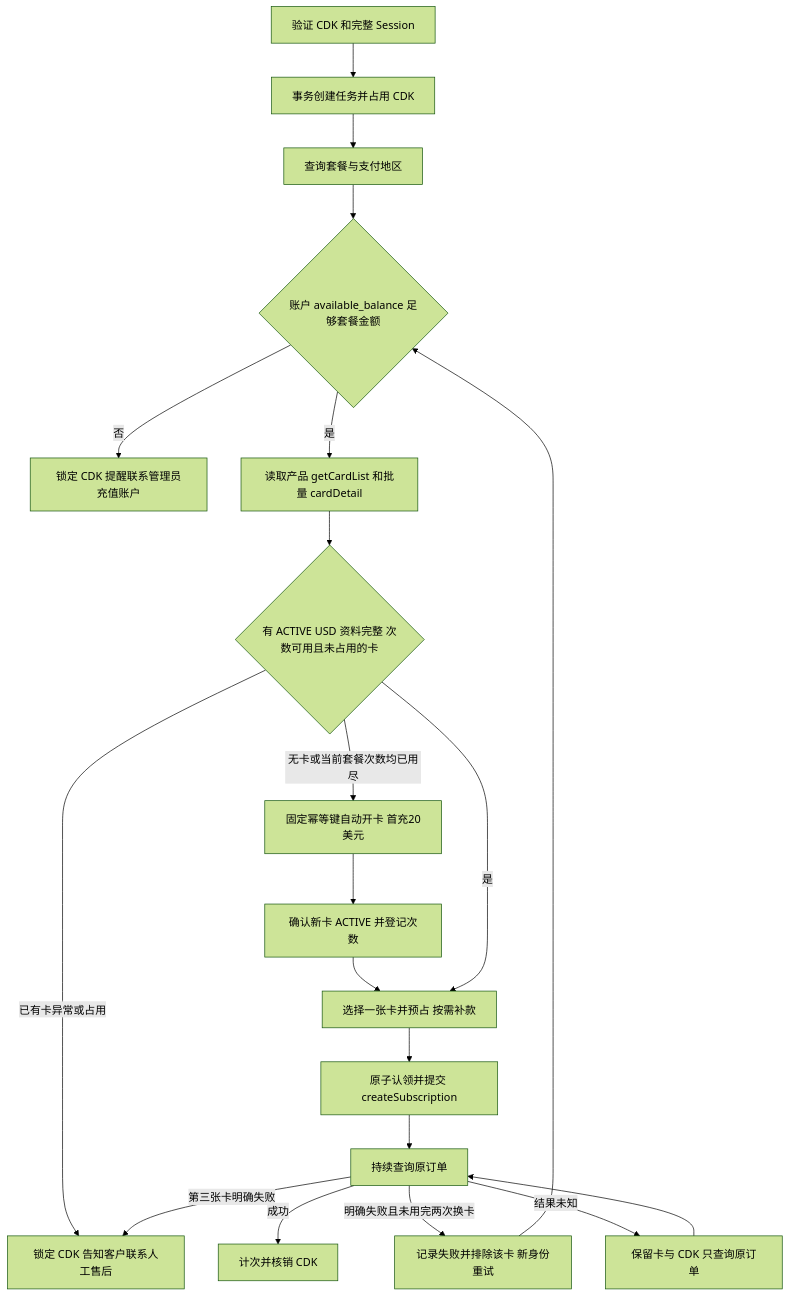
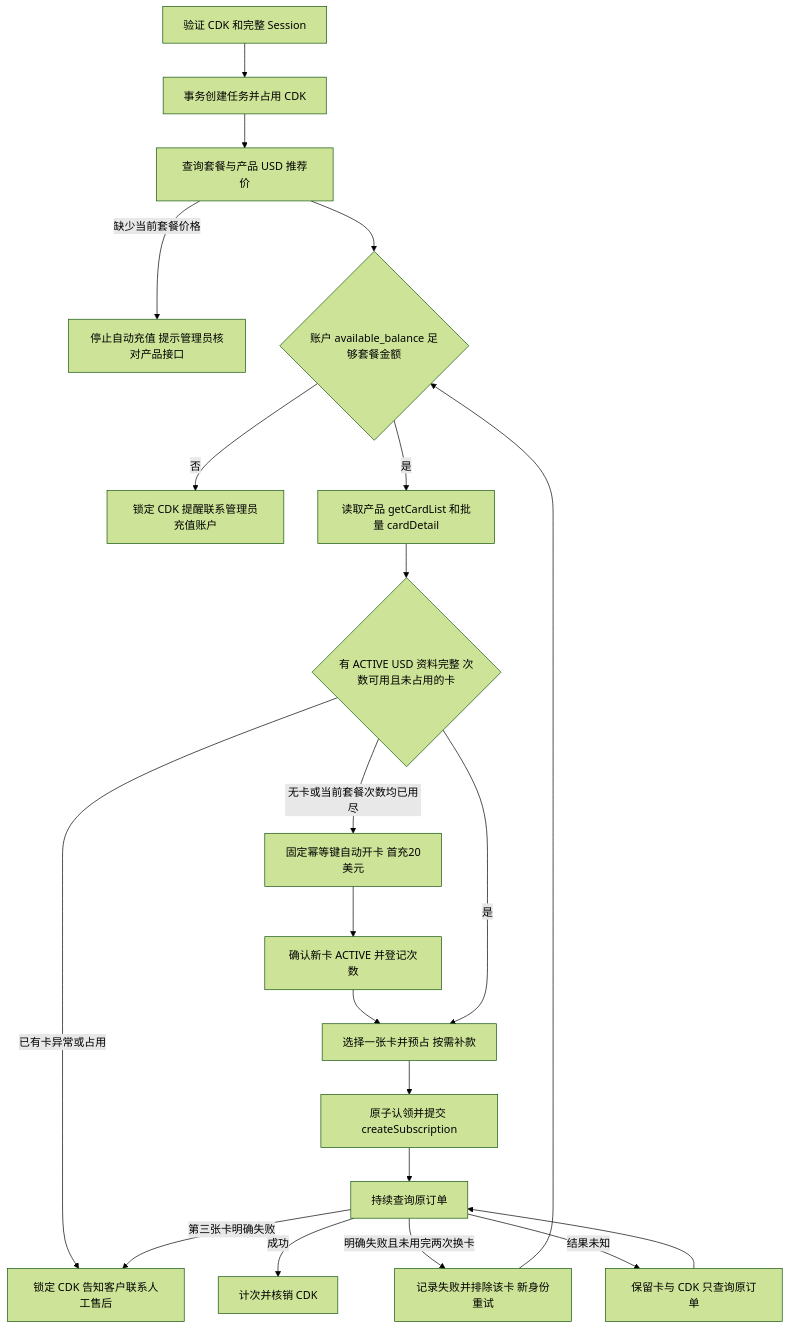
One commit to miracal-0312/Pay-gpt-Orbit changed the diagram in ORBITCARD-CARDS.md. Above: the diagram before and after it, drawn with Mermaid (forest theme). The commit also changed other lines of this file and 24 other files, not shown here.

````diff
--- a/ORBITCARD-CARDS.md
+++ b/ORBITCARD-CARDS.md
@@ -13,22 +13,23 @@
 ```mermaid
 flowchart TD
     A[验证 CDK 和完整 Session] --> B[事务创建任务并占用 CDK]
-    B --> C[查询套餐与支付地区]
+    B --> C[查询套餐与产品 USD 推荐价]
+    C -->|缺少当前套餐价格| Q[停止自动充值 提示管理员核对产品接口]
     C --> D{账户 available_balance 足够套餐金额}
     D -->|否| E[锁定 CDK 提醒联系管理员充值账户]
     D -->|是| F[读取产品 getCardList 和批量 cardDetail]
     F --> G{有 ACTIVE USD 资料完整 次数可用且未占用的卡}
     G -->|已有卡异常或占用| H[锁定 CDK 告知客户联系人工售后]
     G -->|无卡或当前套餐次数均已用尽| O[固定幂等键自动开卡 首充20美元]
     O --> P[确认新卡 ACTIVE 并登记次数]
     P --> I
     G -->|是| I[选择一张卡并预占 按需补款]
     I --> J[原子认领并提交 createSubscription]
     J --> K[持续查询原订单]
     K -->|成功| L[计次并核销 CDK]
     K -->|明确失败且未用完两次换卡| M[记录失败并排除该卡 新身份重试]
     M --> D
     K -->|第三张卡明确失败| H
     K -->|结果未知| N[保留卡与 CDK 只查询原订单]
     N --> K
 ```
````
